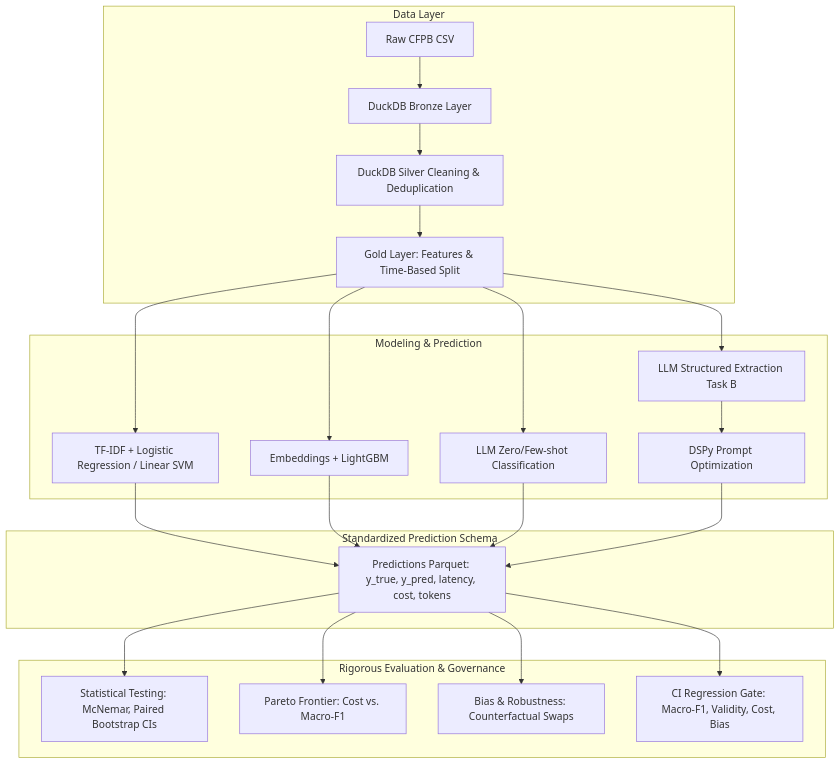
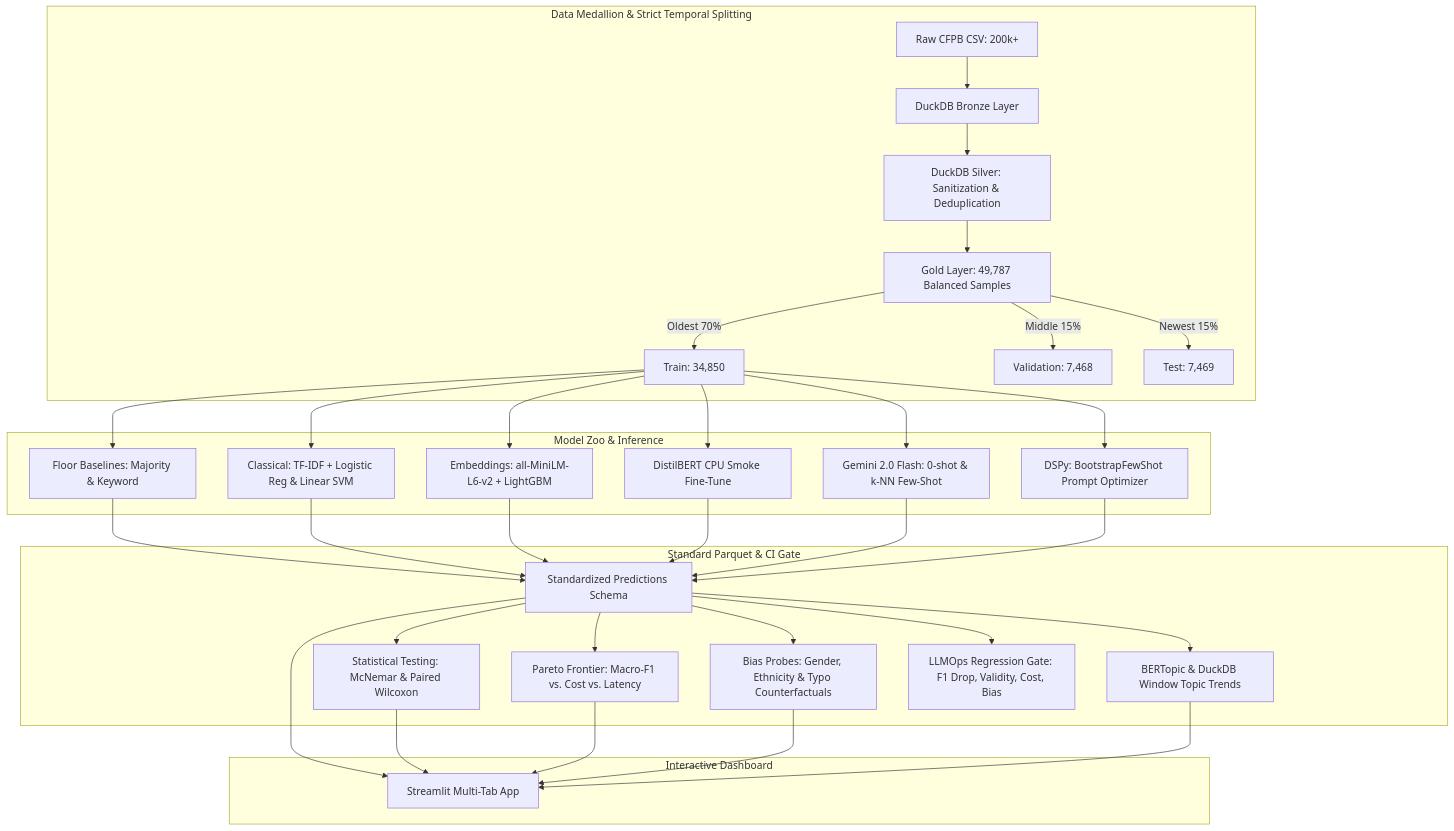
Before and after one commit to krishna112003/Complaint-Intelligence: the diagram in README.md, drawn with Mermaid. The commit also changed other lines of this file and 3 other files, not shown here.

Commit message:
Phase 10: Streamlit multi-tab demo application, comprehensive docs, model card, and production README

````diff
--- a/README.md
+++ b/README.md
@@ -17,30 +17,33 @@
 ```mermaid
 flowchart TD
-    subgraph Data Layer
-        A[Raw CFPB CSV] --> B[DuckDB Bronze Layer]
-        B --> C[DuckDB Silver Cleaning & Deduplication]
-        C --> D[Gold Layer: Features & Time-Based Split]
+    subgraph Data Layer [Data Medallion & Strict Temporal Splitting]
+        A[Raw CFPB CSV: 200k+] --> B[DuckDB Bronze Layer]
+        B --> C[DuckDB Silver: Sanitization & Deduplication]
+        C --> D[Gold Layer: 49,787 Balanced Samples]
+        D -->|Oldest 70%| S1[Train: 34,850]
+        D -->|Middle 15%| S2[Validation: 7,468]
+        D -->|Newest 15%| S3[Test: 7,469]
     end
 
-    subgraph Modeling & Prediction
-        D --> M1[TF-IDF + Logistic Regression / Linear SVM]
-        D --> M2[Embeddings + LightGBM]
-        D --> M3[LLM Zero/Few-shot Classification]
-        D --> M4[LLM Structured Extraction Task B]
-        M4 --> D1[DSPy Prompt Optimization]
+    subgraph Modeling Layer [Model Zoo & Inference]
+        S1 --> M1[Floor Baselines: Majority & Keyword]
+        S1 --> M2[Classical: TF-IDF + Logistic Reg & Linear SVM]
+        S1 --> M3[Embeddings: all-MiniLM-L6-v2 + LightGBM]
+        S1 --> M4[DistilBERT CPU Smoke Fine-Tune]
+        S1 --> M5[Gemini 2.0 Flash: 0-shot & k-NN Few-Shot]
+        S1 --> M6[DSPy: BootstrapFewShot Prompt Optimizer]
     end
 
-    subgraph Standardized Prediction Schema
-        M1 --> P[Predictions Parquet: y_true, y_pred, latency, cost, tokens]
-        M2 --> P
-        M3 --> P
-        D1 --> P
+    subgraph Evaluation & Governance [Standard Parquet & CI Gate]
+        M1 & M2 & M3 & M4 & M5 & M6 --> P[Standardized Predictions Schema]
+        P --> E1[Statistical Testing: McNemar & Paired Wilcoxon]
+        P --> E2[Pareto Frontier: Macro-F1 vs. Cost vs. Latency]
+        P --> E3[Bias Probes: Gender, Ethnicity & Typo Counterfactuals]
+        P --> T1[BERTopic & DuckDB Window Topic Trends]
+        P --> G[LLMOps Regression Gate: F1 Drop, Validity, Cost, Bias]
     end
 
-    subgraph Rigorous Evaluation & Governance
-        P --> E1[Statistical Testing: McNemar, Paired Bootstrap CIs]
-        P --> E2[Pareto Frontier: Cost vs. Macro-F1]
-        P --> E3[Bias & Robustness: Counterfactual Swaps]
-        P --> G[CI Regression Gate: Macro-F1, Validity, Cost, Bias]
+    subgraph Application [Interactive Dashboard]
+        P & E1 & E2 & E3 & T1 --> APP[Streamlit Multi-Tab App]
     end
 ```
````
